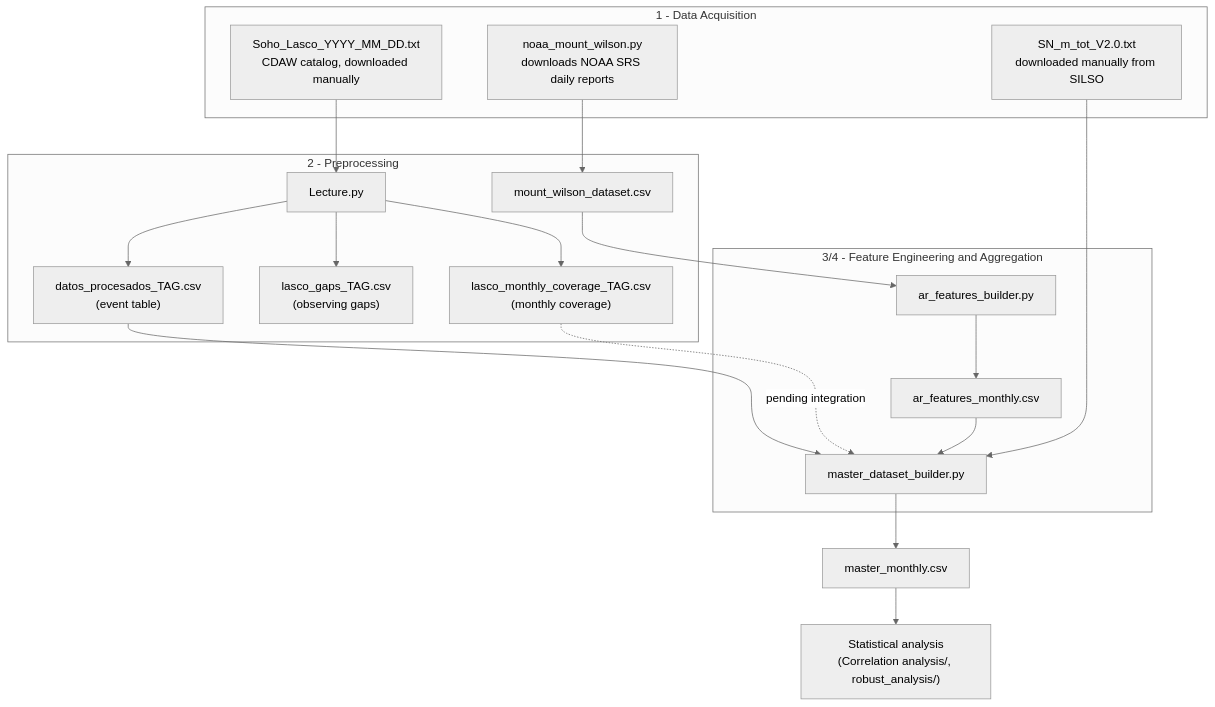
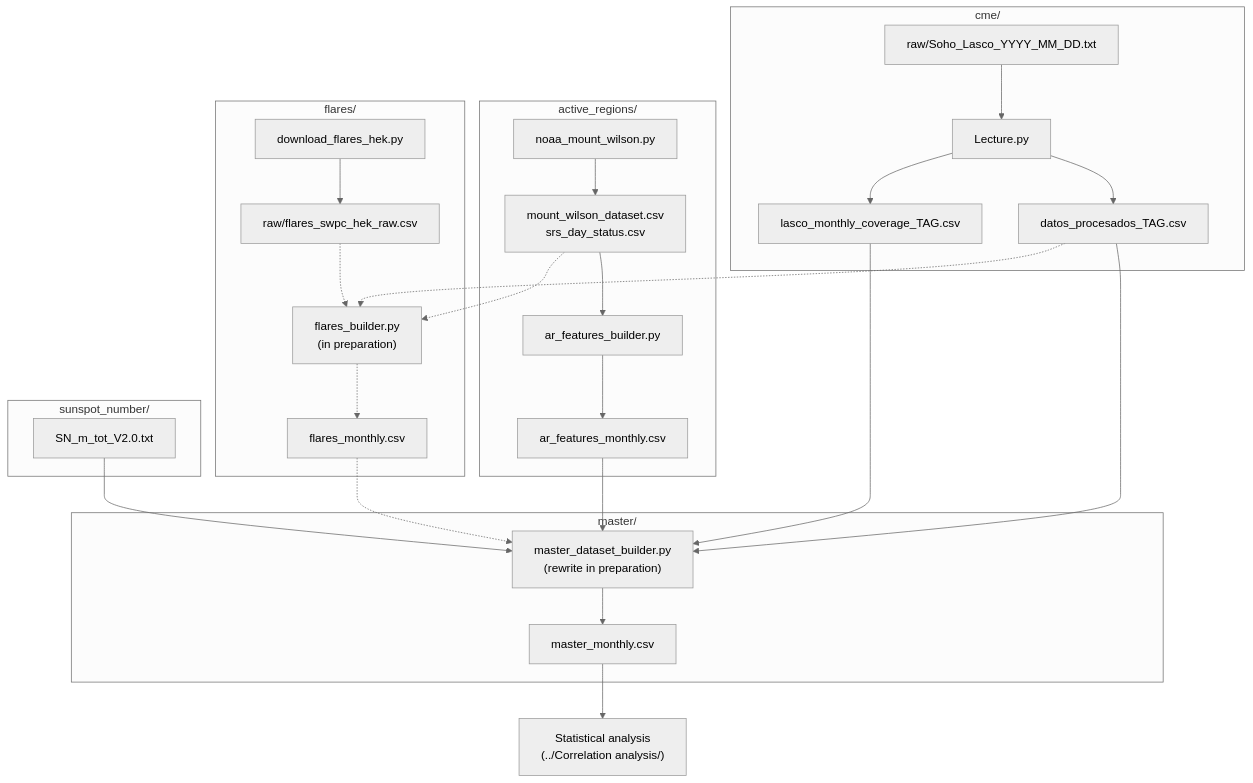
One commit to JuanAnarch7/Assessing-the-Modulation-of-CME-Occurrence-Rates-by-Active-Region-Magnetic-Complexity changed the diagram in Data/README.md. Above: the diagram before and after it, drawn with Mermaid (neutral theme). The commit also changed other lines of this file and 27 other files, not shown here.

Commit message:
Reorganize Data/ by phenomenon (cme, active_regions, flares, sunspot_number, master); per-folder READMEs

````diff
--- a/Data/README.md
+++ b/Data/README.md
@@ -23,37 +29,30 @@
 ```mermaid
 flowchart TD
-    subgraph ACQ["1 - Data Acquisition"]
-        RAW["Soho_Lasco_YYYY_MM_DD.txt<br/>CDAW catalog, downloaded manually"]
-        N0["noaa_mount_wilson.py<br/>downloads NOAA SRS daily reports"]
-        SN["SN_m_tot_V2.0.txt<br/>downloaded manually from SILSO"]
+    subgraph CME["cme/"]
+        C0["raw/Soho_Lasco_YYYY_MM_DD.txt"] --> C1["Lecture.py"]
+        C1 --> C2["datos_procesados_TAG.csv"]
+        C1 --> C3["lasco_monthly_coverage_TAG.csv"]
     end
-
-    subgraph PRE["2 - Preprocessing"]
-        L0["Lecture.py"]
-        L1["datos_procesados_TAG.csv<br/>(event table)"]
-        L2["lasco_gaps_TAG.csv<br/>(observing gaps)"]
-        L3["lasco_monthly_coverage_TAG.csv<br/>(monthly coverage)"]
-        N1["mount_wilson_dataset.csv"]
+    subgraph AR["active_regions/"]
+        A0["noaa_mount_wilson.py"] --> A1["mount_wilson_dataset.csv<br/>srs_day_status.csv"]
+        A1 --> A2["ar_features_builder.py"] --> A3["ar_features_monthly.csv"]
     end
-
-    subgraph FEAT["3/4 - Feature Engineering and Aggregation"]
-        AR["ar_features_builder.py"]
-        AR1["ar_features_monthly.csv"]
-        MDB["master_dataset_builder.py"]
+    subgraph FL["flares/"]
+        F0["download_flares_hek.py"] --> F1["raw/flares_swpc_hek_raw.csv"]
+        F1 -.-> F2["flares_builder.py<br/>(in preparation)"] -.-> F3["flares_monthly.csv"]
     end
-
-    OUT["master_monthly.csv"]
-    NEXT["Statistical analysis<br/>(Correlation analysis/, robust_analysis/)"]
-
-    RAW --> L0
-    L0 --> L1
-    L0 --> L2
-    L0 --> L3
-    N0 --> N1
-    N1 --> AR --> AR1
-    L1 --> MDB
-    L3 -. "pending integration" .-> MDB
-    AR1 --> MDB
-    SN --> MDB
-    MDB --> OUT --> NEXT
+    subgraph SN["sunspot_number/"]
+        S0["SN_m_tot_V2.0.txt"]
+    end
+    subgraph MS["master/"]
+        M0["master_dataset_builder.py<br/>(rewrite in preparation)"] --> M1["master_monthly.csv"]
+    end
+    C2 --> M0
+    C3 --> M0
+    A3 --> M0
+    F3 -.-> M0
+    S0 --> M0
+    A1 -.-> F2
+    C2 -.-> F2
+    M1 --> NEXT["Statistical analysis<br/>(../Correlation analysis/)"]
 ```
````
